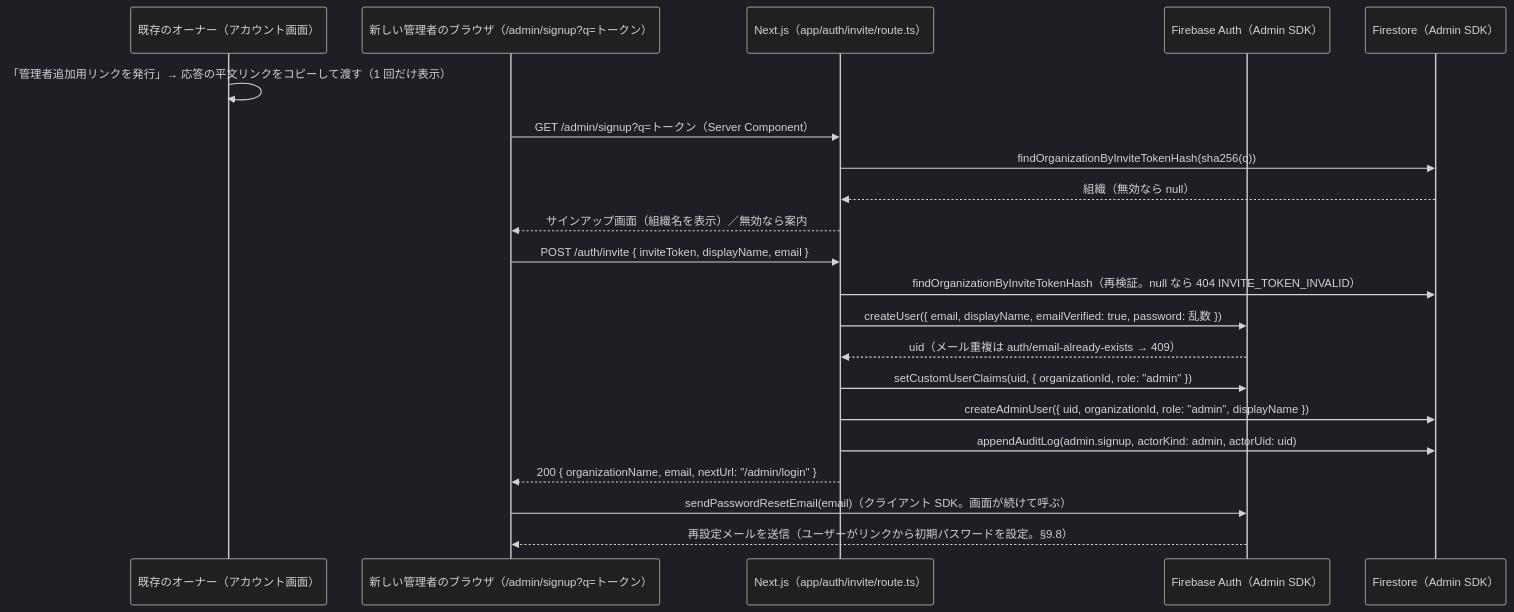
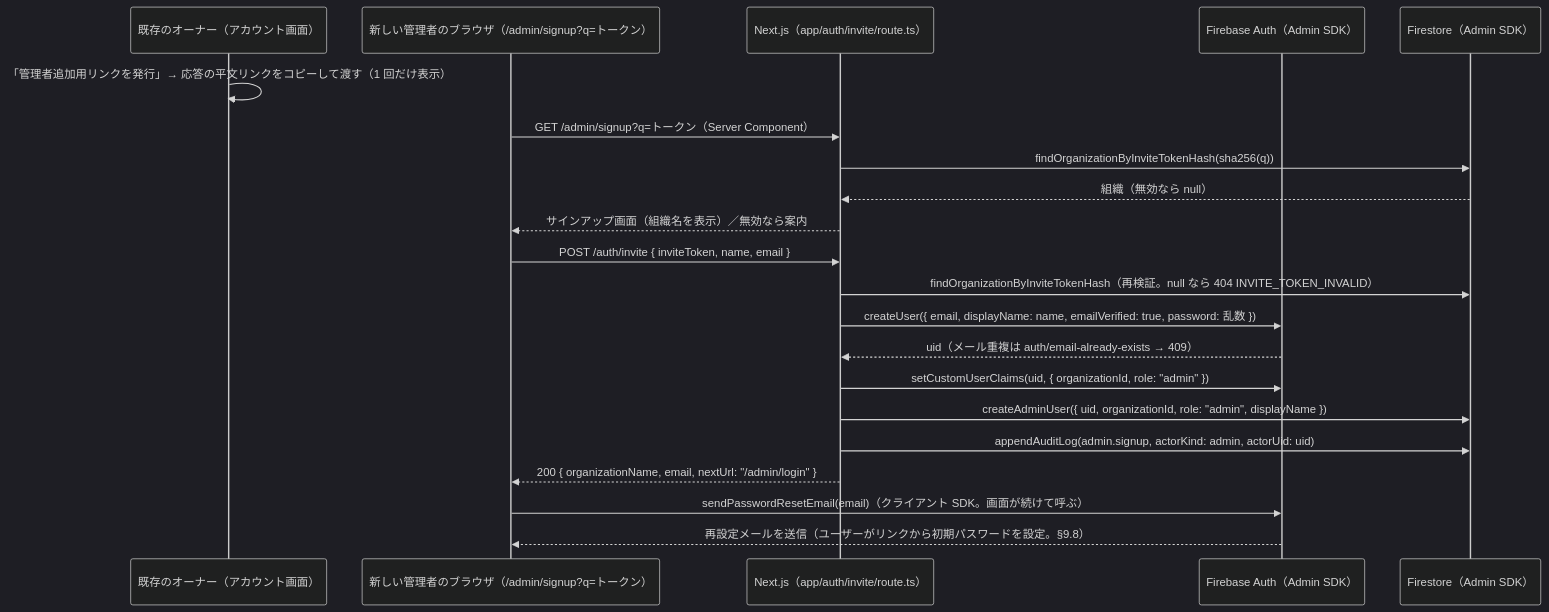
One commit to tanukichiyamaguchi/Tekisei-Kensa changed the third of 3 diagrams in docs/基本設計/02_データベース設計.md. Above: the diagram before and after it, drawn with Mermaid (dark theme). The commit also changed other lines of this file and 10 other files, not shown here.

````diff
--- a/docs/基本設計/02_データベース設計.md
+++ b/docs/基本設計/02_データベース設計.md
@@ -1635,23 +1674,23 @@
 ```mermaid
 sequenceDiagram
     participant O as 既存のオーナー（アカウント画面）
     participant B as 新しい管理者のブラウザ（/admin/signup?q=トークン）
     participant N as Next.js（app/auth/invite/route.ts）
     participant A as Firebase Auth（Admin SDK）
     participant D as Firestore（Admin SDK）
     O->>O: 「管理者追加用リンクを発行」→ 応答の平文リンクをコピーして渡す（1 回だけ表示）
     B->>N: GET /admin/signup?q=トークン（Server Component）
     N->>D: findOrganizationByInviteTokenHash(sha256(q))
     D-->>N: 組織（無効なら null）
     N-->>B: サインアップ画面（組織名を表示）／無効なら案内
-    B->>N: POST /auth/invite { inviteToken, displayName, email }
+    B->>N: POST /auth/invite { inviteToken, name, email }
     N->>D: findOrganizationByInviteTokenHash（再検証。null なら 404 INVITE_TOKEN_INVALID）
-    N->>A: createUser({ email, displayName, emailVerified: true, password: 乱数 })
+    N->>A: createUser({ email, displayName: name, emailVerified: true, password: 乱数 })
     A-->>N: uid（メール重複は auth/email-already-exists → 409）
     N->>A: setCustomUserClaims(uid, { organizationId, role: "admin" })
     N->>D: createAdminUser({ uid, organizationId, role: "admin", displayName })
     N->>D: appendAuditLog(admin.signup, actorKind: admin, actorUid: uid)
     N-->>B: 200 { organizationName, email, nextUrl: "/admin/login" }
     B->>A: sendPasswordResetEmail(email)（クライアント SDK。画面が続けて呼ぶ）
     A-->>B: 再設定メールを送信（ユーザーがリンクから初期パスワードを設定。§9.8）
 ```
````
